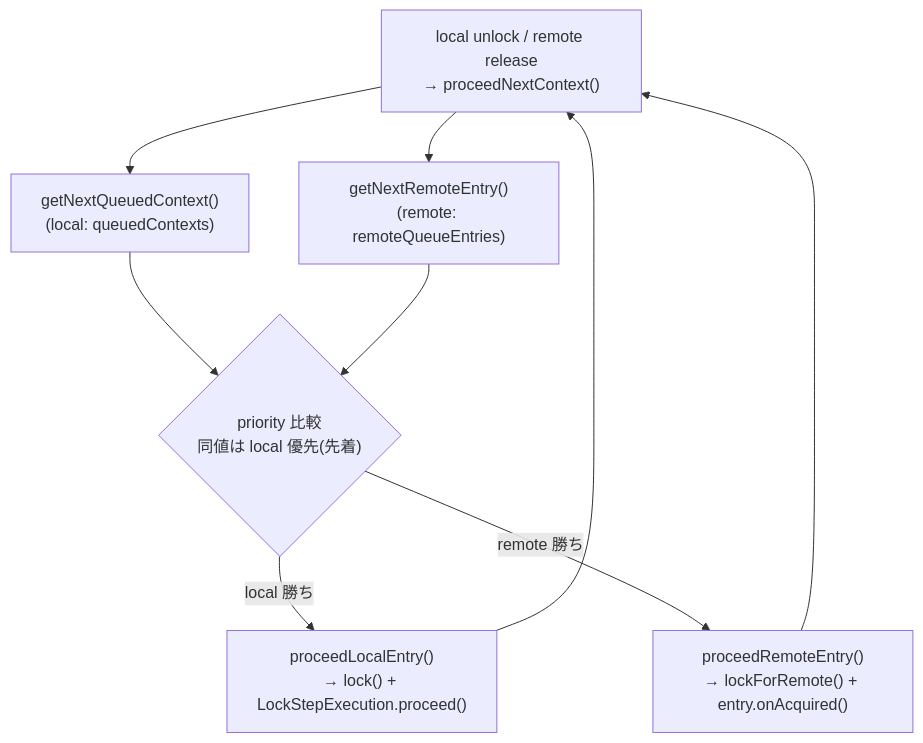
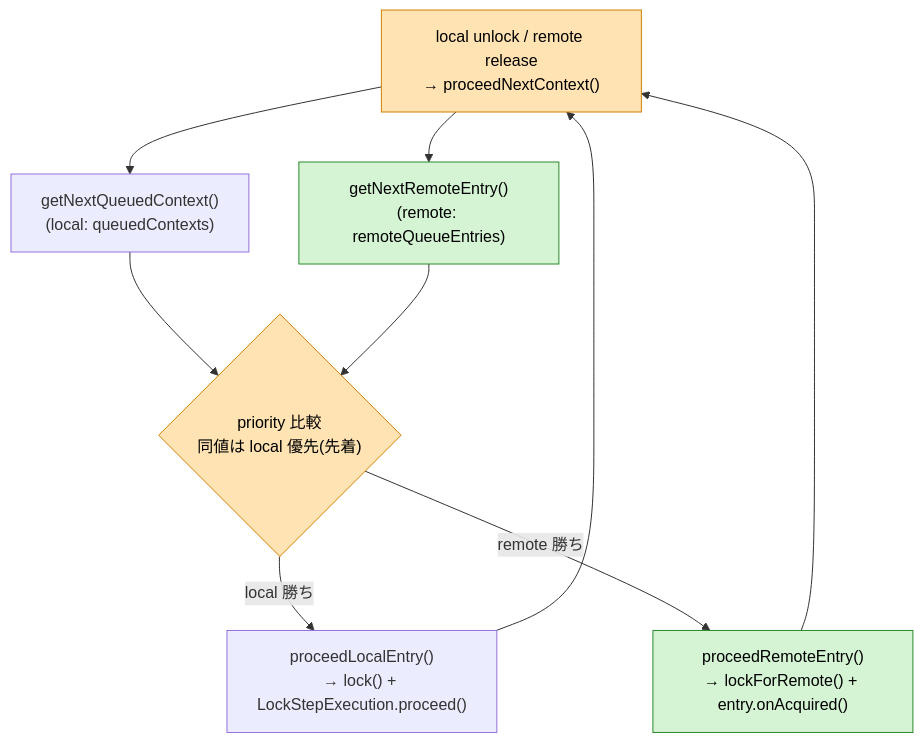
The ninth of 10 diagrams in docs-j/lockable-resources-architecture-65d8415-j.md (kohtaro-satoh/lockable-resources-remote-notes), drawn with Mermaid before and after one commit. The commit also changed other lines of this file, not shown here.

Commit message:
Update remote-lr-p1-m1h analysis doc

````diff
--- a/docs-j/lockable-resources-architecture-65d8415-j.md
+++ b/docs-j/lockable-resources-architecture-65d8415-j.md
@@ -367,18 +582,21 @@
 ```mermaid
 graph TB
-    UNLOCK["local unlock / remote release\n→ proceedNextContext()"]
+    classDef new fill:#d4f4d4,stroke:#2a8a2a,color:#000
+    classDef mod fill:#ffe3b3,stroke:#d08000,color:#000
+
+    UNLOCK["local unlock / remote release\n→ proceedNextContext()"]:::mod
     NL["getNextQueuedContext()\n(local: queuedContexts)"]
-    NR["getNextRemoteEntry()\n(remote: remoteQueueEntries)"]
-    PICK{"priority 比較\n同値は local 優先(先着)"}
+    NR["getNextRemoteEntry()\n(remote: remoteQueueEntries)"]:::new
+    PICK{"priority 比較\n同値は local 優先(先着)"}:::mod
     PL["proceedLocalEntry()\n→ lock() + LockStepExecution.proceed()"]
-    PR["proceedRemoteEntry()\n→ lockForRemote() + entry.onAcquired()"]
+    PR["proceedRemoteEntry()\n→ lockForRemote() + entry.onAcquired()"]:::new
 
     UNLOCK --> NL
     UNLOCK --> NR
     NL --> PICK
     NR --> PICK
     PICK -->|local 勝ち| PL
     PICK -->|remote 勝ち| PR
     PL --> UNLOCK
     PR --> UNLOCK
 ```
````
